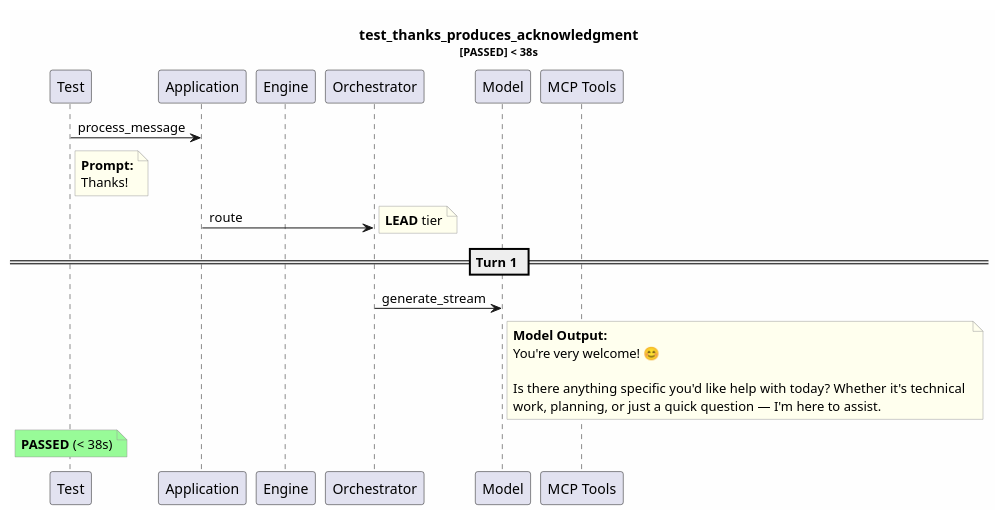
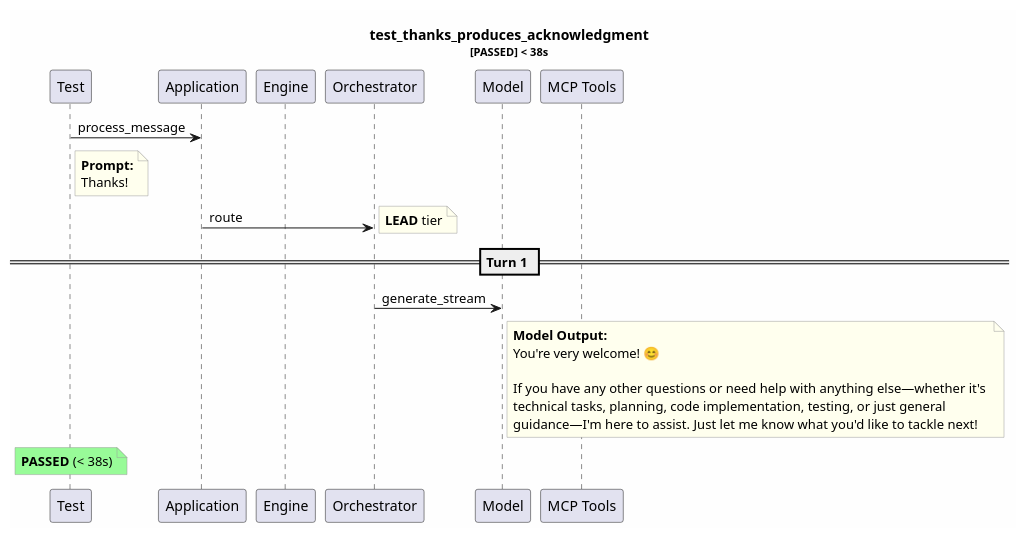
One commit to tvanfossen/entropic changed the diagram in test-reports/logs/test_thanks_produces_acknowledgment/test_thanks_produces_acknowledgment.puml. Above: the diagram before and after it, drawn with PlantUML. The commit also changed 11 other files, not shown here.

```diff
--- a/test-reports/logs/test_thanks_produces_acknowledgment/test_thanks_produces_acknowledgment.puml
+++ b/test-reports/logs/test_thanks_produces_acknowledgment/test_thanks_produces_acknowledgment.puml
@@ -1,34 +1,35 @@
 @startuml
 skinparam backgroundColor #FEFEFE
 skinparam noteBorderColor #999999
 skinparam noteBackgroundColor #FFFFEE
 title test_thanks_produces_acknowledgment\n<size:11>[PASSED] < 38s</size>
 
 participant "Test" as T
 participant "Application" as App
 participant "Engine" as Eng
 participant "Orchestrator" as Orch
 participant "Model" as Mdl
 participant "MCP Tools" as MCP
 
 T -> App: process_message
 note right of T
   **Prompt:**
   Thanks!
 end note
 App -> Orch: route
 note right: **LEAD** tier
 == Turn 1 ==
 Orch -> Mdl: generate_stream
 note right of Mdl
   **Model Output:**
-  You're very welcome! 😊
+  You're very welcome! 😊 
   
-  Is there anything specific you'd like help with today? Whether it's technical 
-  work, planning, or just a quick question — I'm here to assist.
+  If you have any other questions or need help with anything else—whether it's 
+  technical tasks, planning, code implementation, testing, or just general 
+  guidance—I'm here to assist. Just let me know what you'd like to tackle next!
 end note
 note over T #palegreen
   **PASSED** (< 38s)
 end note
 
 @enduml
```
